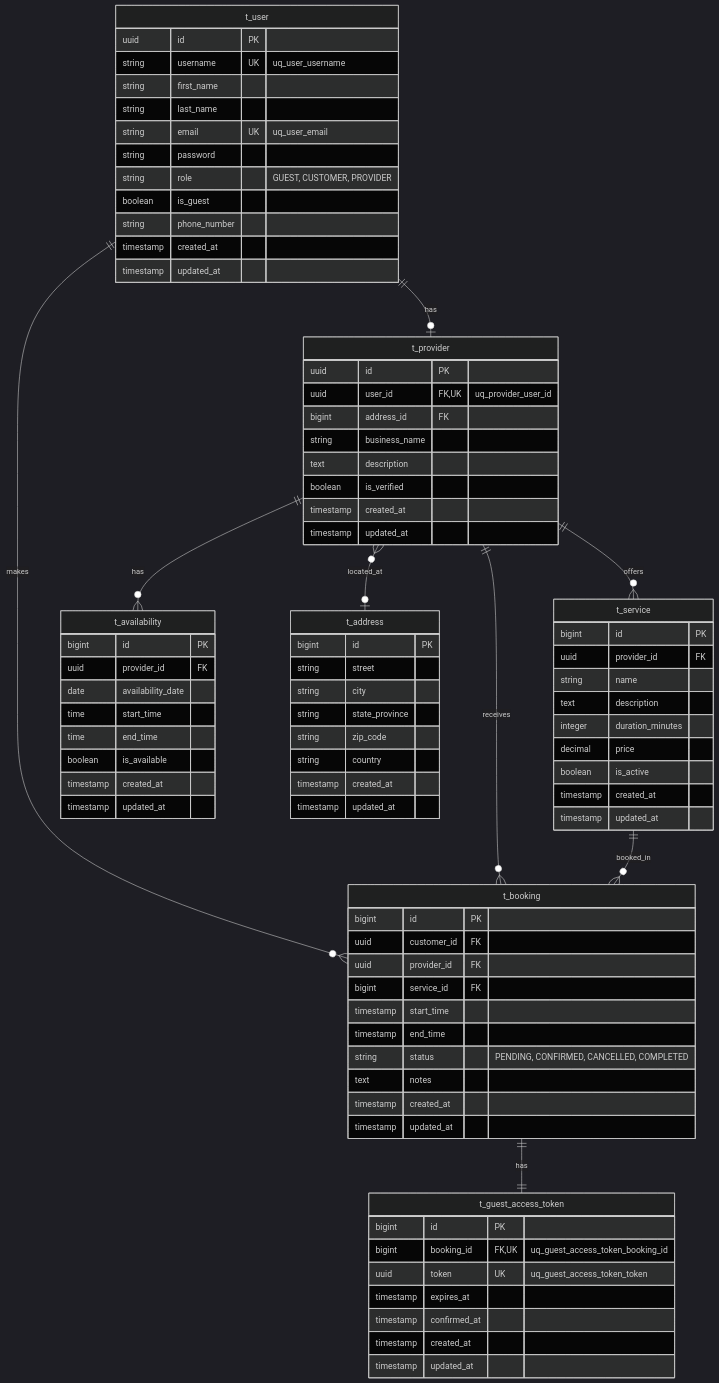
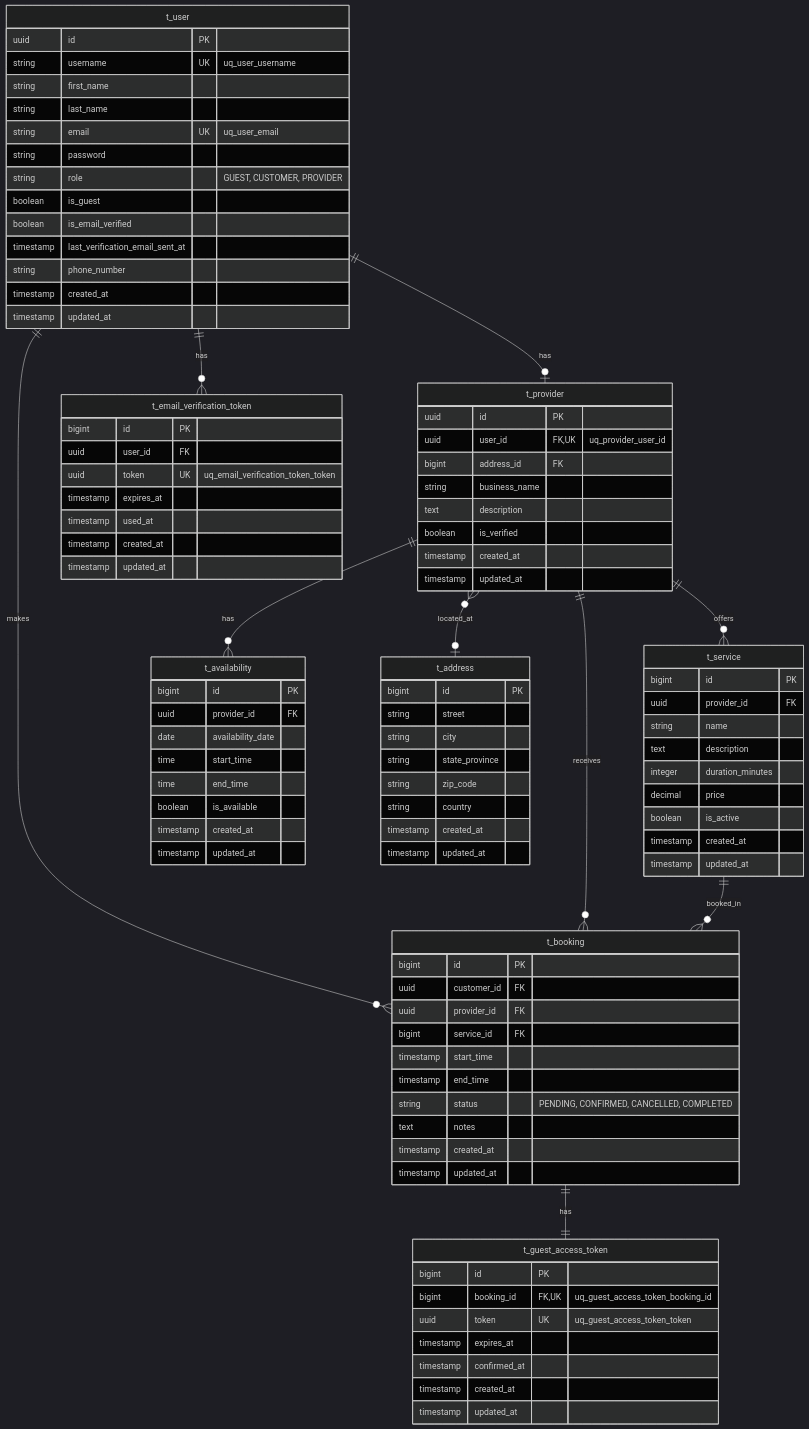
The diagram in README.md (unfinitas/bookora), drawn with Mermaid (dark theme) before and after one commit. The commit also changed other lines of this file and 39 other files, not shown here.

Commit message:
feat: Implement user email verification system with rate-limited resend

```diff
--- a/README.md
+++ b/README.md
@@ -29,6 +31,7 @@
 erDiagram
     t_user ||--o| t_provider : "has"
     t_user ||--o{ t_booking : "makes"
+    t_user ||--o{ t_email_verification_token : "has"
     t_provider ||--o{ t_service : "offers"
     t_provider ||--o{ t_booking : "receives"
     t_provider ||--o{ t_availability : "has"
@@ -45,7 +48,19 @@
         string password
         string role "GUEST, CUSTOMER, PROVIDER"
         boolean is_guest
+        boolean is_email_verified
+        timestamp last_verification_email_sent_at
         string phone_number
+        timestamp created_at
+        timestamp updated_at
+    }
+
+    t_email_verification_token {
+        bigint id PK
+        uuid user_id FK
+        uuid token UK "uq_email_verification_token_token"
+        timestamp expires_at
+        timestamp used_at
         timestamp created_at
         timestamp updated_at
     }
```
